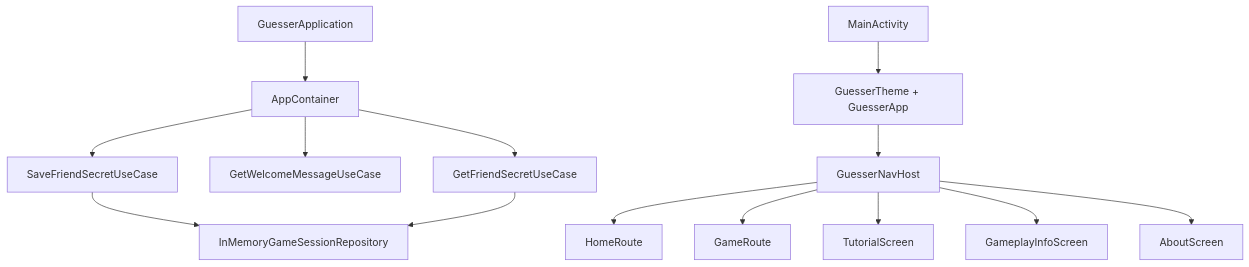
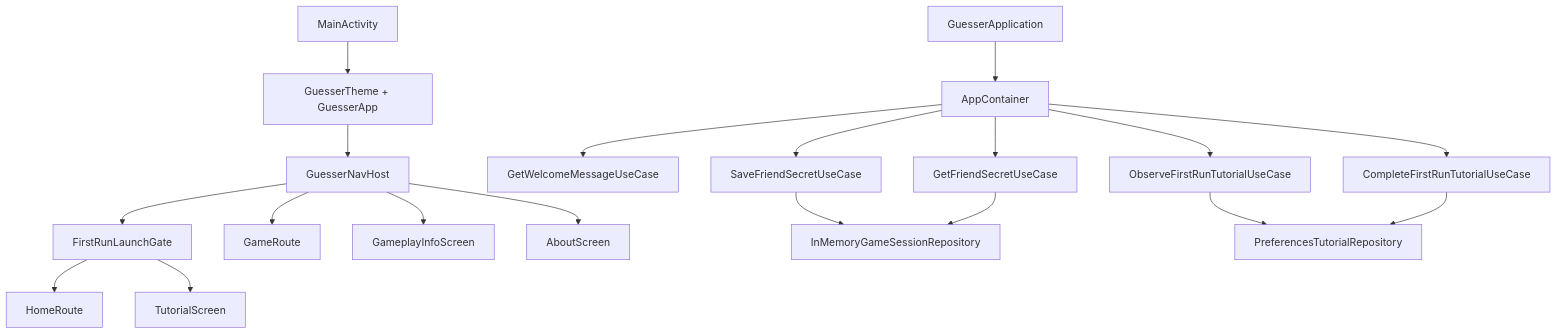
The second of 3 diagrams in docs/architecture.md (theKeval/Guesser), drawn with Mermaid before and after one commit. The commit also changed other lines of this file and 21 other files, not shown here.

First line of the commit message:
Add swipeable first-run tutorial

````diff
--- a/docs/architecture.md
+++ b/docs/architecture.md
@@ -42,16 +42,21 @@
 ```mermaid
 flowchart TD
     APP[GuesserApplication] --> CONTAINER[AppContainer]
     ACT[MainActivity] --> COMPOSE[GuesserTheme + GuesserApp]
     COMPOSE --> NAV[GuesserNavHost]
-    NAV --> HOME[HomeRoute]
+    NAV --> GATE[FirstRunLaunchGate]
+    GATE --> HOME[HomeRoute]
+    GATE --> TUTORIAL[TutorialScreen]
     NAV --> GAME[GameRoute]
-    NAV --> TUTORIAL[TutorialScreen]
     NAV --> INFO[GameplayInfoScreen]
     NAV --> ABOUT[AboutScreen]
     CONTAINER --> AI[GetWelcomeMessageUseCase]
     CONTAINER --> SAVE[SaveFriendSecretUseCase]
     CONTAINER --> GET[GetFriendSecretUseCase]
+    CONTAINER --> OBSERVE[ObserveFirstRunTutorialUseCase]
+    CONTAINER --> COMPLETE[CompleteFirstRunTutorialUseCase]
     SAVE --> SESSION[InMemoryGameSessionRepository]
     GET --> SESSION
+    OBSERVE --> TUTORIAL_REPO[PreferencesTutorialRepository]
+    COMPLETE --> TUTORIAL_REPO
 ```
````
